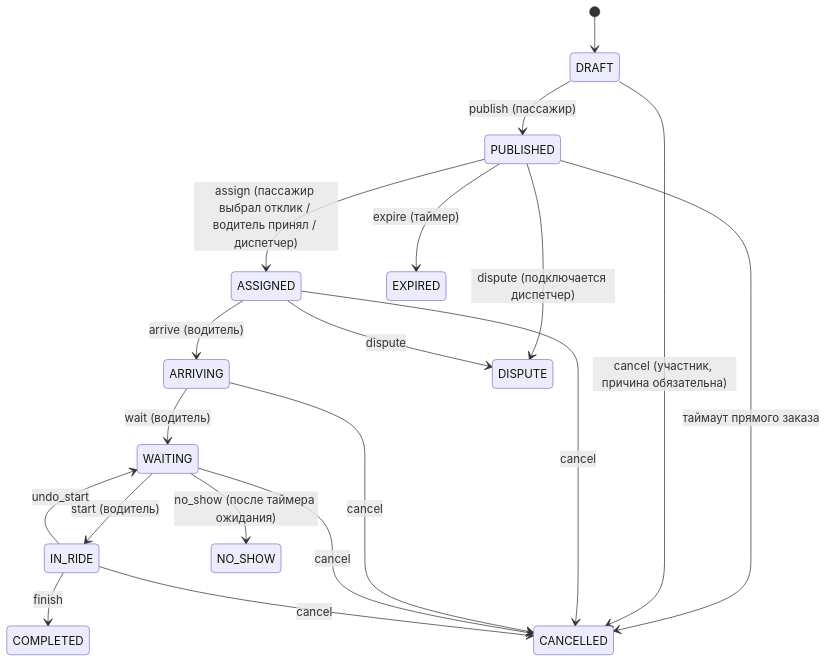
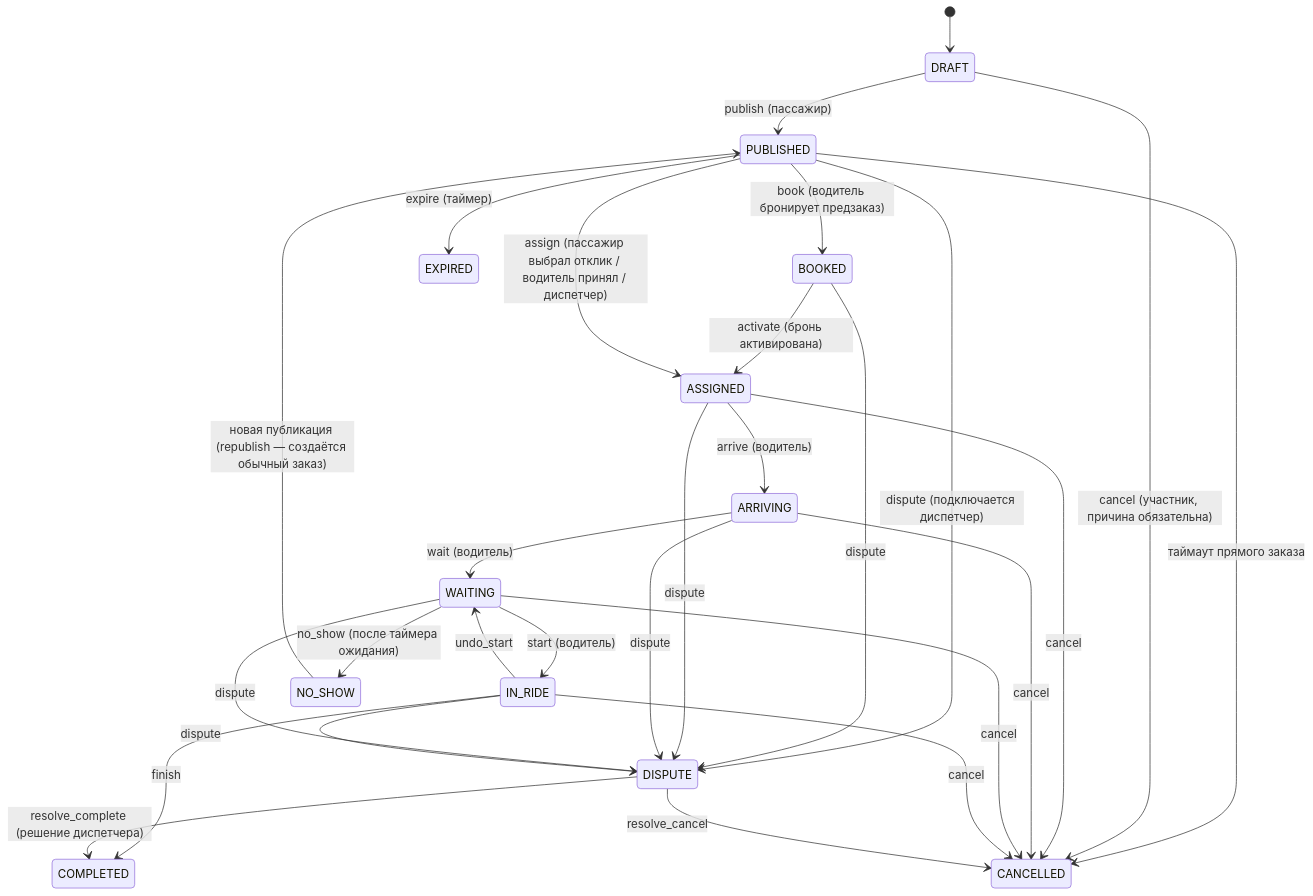
One commit to gupigop01-wq/taxichat changed the diagram in README.md. Above: the diagram before and after it, drawn with Mermaid. The commit also changed other lines of this file and 6 other files, not shown here.

````diff
--- a/README.md
+++ b/README.md
@@ -72,21 +78,30 @@
 ```mermaid
 stateDiagram-v2
     [*] --> DRAFT
     DRAFT --> PUBLISHED: publish (пассажир)
+    PUBLISHED --> BOOKED: book (водитель бронирует предзаказ)
+    BOOKED --> ASSIGNED: activate (бронь активирована)
     PUBLISHED --> ASSIGNED: assign (пассажир выбрал отклик / водитель принял / диспетчер)
     ASSIGNED --> ARRIVING: arrive (водитель)
     ARRIVING --> WAITING: wait (водитель)
     WAITING --> IN_RIDE: start (водитель)
     IN_RIDE --> WAITING: undo_start
     IN_RIDE --> COMPLETED: finish
     WAITING --> NO_SHOW: no_show (после таймера ожидания)
     PUBLISHED --> EXPIRED: expire (таймер)
     PUBLISHED --> CANCELLED: таймаут прямого заказа
     DRAFT --> CANCELLED: cancel (участник, причина обязательна)
     ASSIGNED --> CANCELLED: cancel
     ARRIVING --> CANCELLED: cancel
     WAITING --> CANCELLED: cancel
     IN_RIDE --> CANCELLED: cancel
     PUBLISHED --> DISPUTE: dispute (подключается диспетчер)
+    BOOKED --> DISPUTE: dispute
     ASSIGNED --> DISPUTE: dispute
+    ARRIVING --> DISPUTE: dispute
+    WAITING --> DISPUTE: dispute
+    IN_RIDE --> DISPUTE: dispute
+    DISPUTE --> COMPLETED: resolve_complete (решение диспетчера)
+    DISPUTE --> CANCELLED: resolve_cancel
+    NO_SHOW --> PUBLISHED: новая публикация (republish — создаётся обычный заказ)
 ```
````
